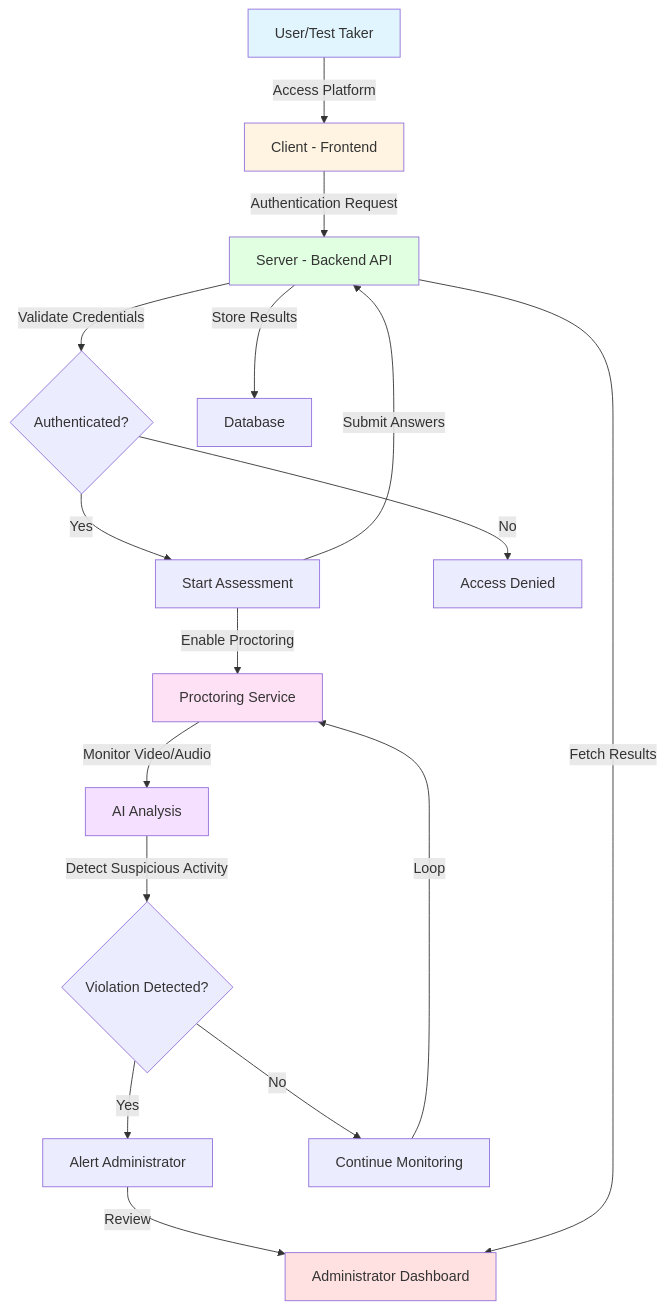
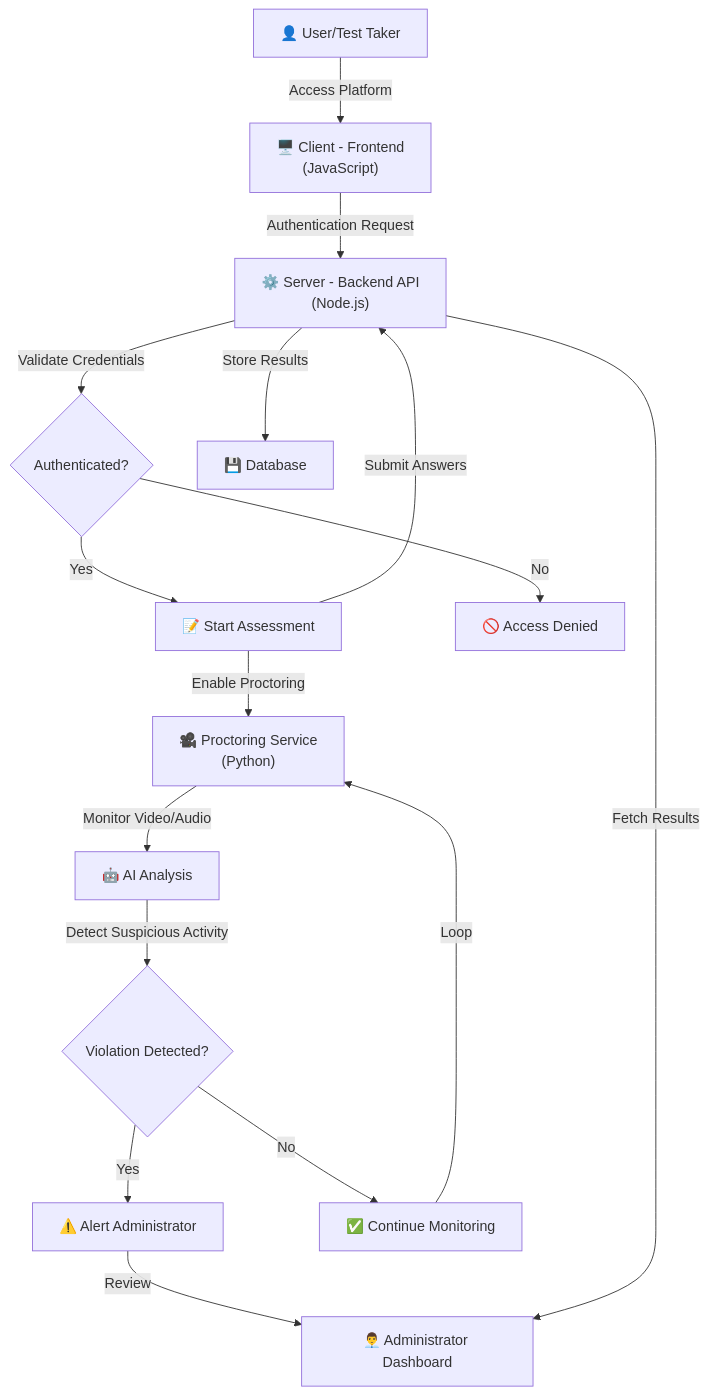
The diagram in README.md (Parthiban1805/assessly_final), drawn with Mermaid before and after one commit. The commit also changed other lines of this file, not shown here.

Commit message:
Revise architecture diagram and contribution policy
Updated system architecture flowchart and modified contributing guidelines to reflect project status.

````diff
--- a/README.md
+++ b/README.md
@@ -55,25 +55,18 @@
 ```mermaid
 flowchart TD
-    A[User/Test Taker] -->|Access Platform| B[Client - Frontend]
-    B -->|Authentication Request| C[Server - Backend API]
+    A["👤 User/Test Taker"] -->|Access Platform| B["🖥️ Client - Frontend<br/>(JavaScript)"]
+    B -->|Authentication Request| C["⚙️ Server - Backend API<br/>(Node.js)"]
     C -->|Validate Credentials| D{Authenticated?}
-    D -->|Yes| E[Start Assessment]
-    D -->|No| F[Access Denied]
-    E -->|Enable Proctoring| G[Proctoring Service]
-    G -->|Monitor Video/Audio| H[AI Analysis]
+    D -->|Yes| E["📝 Start Assessment"]
+    D -->|No| F["🚫 Access Denied"]
+    E -->|Enable Proctoring| G["🎥 Proctoring Service<br/>(Python)"]
+    G -->|Monitor Video/Audio| H["🤖 AI Analysis"]
     H -->|Detect Suspicious Activity| I{Violation Detected?}
-    I -->|Yes| J[Alert Administrator]
-    I -->|No| K[Continue Monitoring]
+    I -->|Yes| J["⚠️ Alert Administrator"]
+    I -->|No| K["✅ Continue Monitoring"]
     E -->|Submit Answers| C
-    C -->|Store Results| L[Database]
-    J -->|Review| M[Administrator Dashboard]
+    C -->|Store Results| L["💾 Database"]
+    J -->|Review| M["👨‍💼 Administrator Dashboard"]
     C -->|Fetch Results| M
     K -->|Loop| G
-    
-    style A fill:#e1f5ff
-    style B fill:#fff4e1
-    style C fill:#e1ffe1
-    style G fill:#ffe1f5
-    style H fill:#f5e1ff
-    style M fill:#ffe1e1
 ```
````
